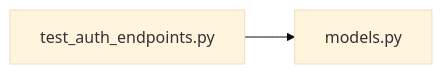
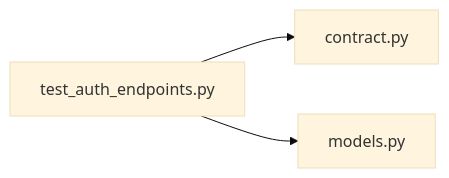
One commit to minkong-dev/Banblit changed the diagram in .cluedoc/graph/backend/tests/integration/db/test_auth_endpoints.md. Above: the diagram before and after it, drawn with Mermaid (base theme). The commit also changed other lines of this file and 48 other files, not shown here.

First line of the commit message:
backend: split file storage into its own module and keep shared literals in contract

````diff
--- a/.cluedoc/graph/backend/tests/integration/db/test_auth_endpoints.md
+++ b/.cluedoc/graph/backend/tests/integration/db/test_auth_endpoints.md
@@ -10,5 +10,6 @@
 ```mermaid
 flowchart LR
   backend_tests_integration_db_test_auth_endpoints["test_auth_endpoints.py"]
+  backend_tests_integration_db_test_auth_endpoints --> backend_src_backend_contract["contract.py"]
   backend_tests_integration_db_test_auth_endpoints --> backend_src_backend_db_models["models.py"]
 ```
````
